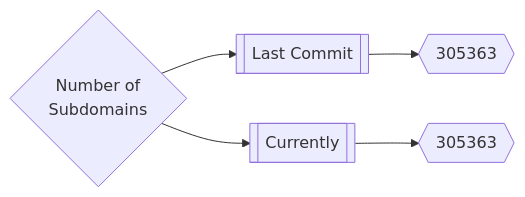
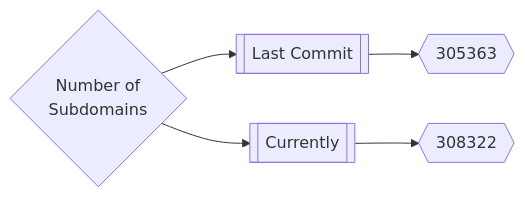
One commit to trickest/inventory changed the first of 3 diagrams in README.md. Above: the diagram before and after it, drawn with Mermaid. The commit also changed other lines of this file, not shown here.

````diff
--- a/README.md
+++ b/README.md
@@ -165,5 +165,5 @@
 ```mermaid
 graph LR
 title{Number of<br>Subdomains} --> subdomainsDate1[[Last Commit]] --> subdomainsNum1{{305363}}
-title --> subdomainsDate2[[Currently]] --> subdomainsNum2{{305363}}
+title --> subdomainsDate2[[Currently]] --> subdomainsNum2{{308322}}
 ```
````
